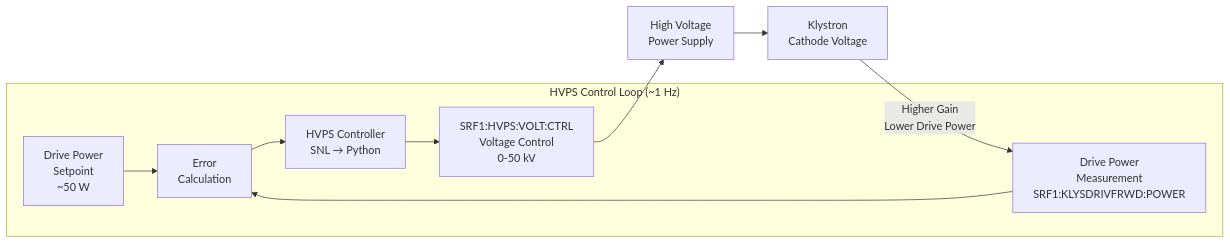
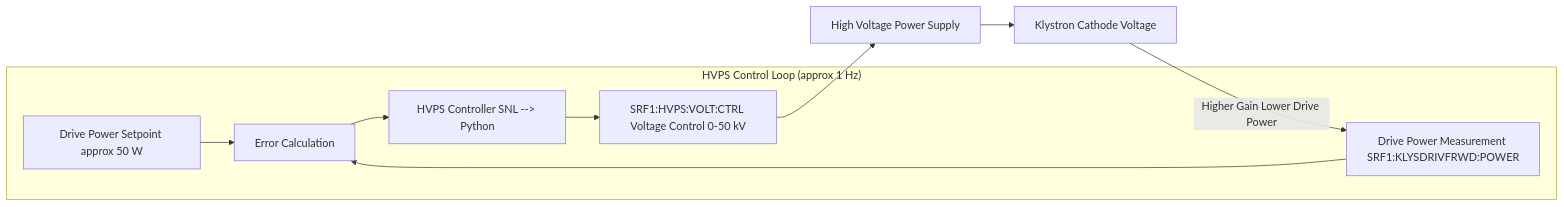
Before and after one commit to fayaw/spearlegacyLLRF: the sixth of 18 diagrams in SPEAR3_LLRF_COMPREHENSIVE_ANALYSIS.md, drawn with Mermaid. The commit also changed other lines of this file, not shown here.

First line of the commit message:
Fix Mermaid diagram syntax errors

````diff
--- a/SPEAR3_LLRF_COMPREHENSIVE_ANALYSIS.md
+++ b/SPEAR3_LLRF_COMPREHENSIVE_ANALYSIS.md
@@ -283,18 +283,18 @@
 ```mermaid
 graph LR
-    subgraph "HVPS Control Loop (~1 Hz)"
-        Drive_SP[Drive Power<br/>Setpoint<br/>~50 W]
-        Drive_Meas[Drive Power<br/>Measurement<br/>SRF1:KLYSDRIVFRWD:POWER]
-        HVPS_Error[Error<br/>Calculation]
-        HVPS_Controller[HVPS Controller<br/>SNL → Python]
-        HVPS_PV[SRF1:HVPS:VOLT:CTRL<br/>Voltage Control<br/>0-50 kV]
-    end
-    
-    Drive_SP --> HVPS_Error
-    Drive_Meas --> HVPS_Error
-    HVPS_Error --> HVPS_Controller
-    HVPS_Controller --> HVPS_PV
-    HVPS_PV --> HVPS[High Voltage<br/>Power Supply]
-    HVPS --> Klystron[Klystron<br/>Cathode Voltage]
-    Klystron --> |Higher Gain<br/>Lower Drive Power| Drive_Meas
+ subgraph "HVPS Control Loop (approx 1 Hz)"
+ Drive_SP[Drive Power Setpoint approx 50 W]
+ Drive_Meas[Drive Power Measurement SRF1:KLYSDRIVFRWD:POWER]
+ HVPS_Error[Error Calculation]
+ HVPS_Controller[HVPS Controller SNL --> Python]
+ HVPS_PV[SRF1:HVPS:VOLT:CTRL Voltage Control 0-50 kV]
+ end
+ 
+ Drive_SP --> HVPS_Error
+ Drive_Meas --> HVPS_Error
+ HVPS_Error --> HVPS_Controller
+ HVPS_Controller --> HVPS_PV
+ HVPS_PV --> HVPS[High Voltage Power Supply]
+ HVPS --> Klystron[Klystron Cathode Voltage]
+ Klystron --> |Higher Gain Lower Drive Power| Drive_Meas
 ```
````
